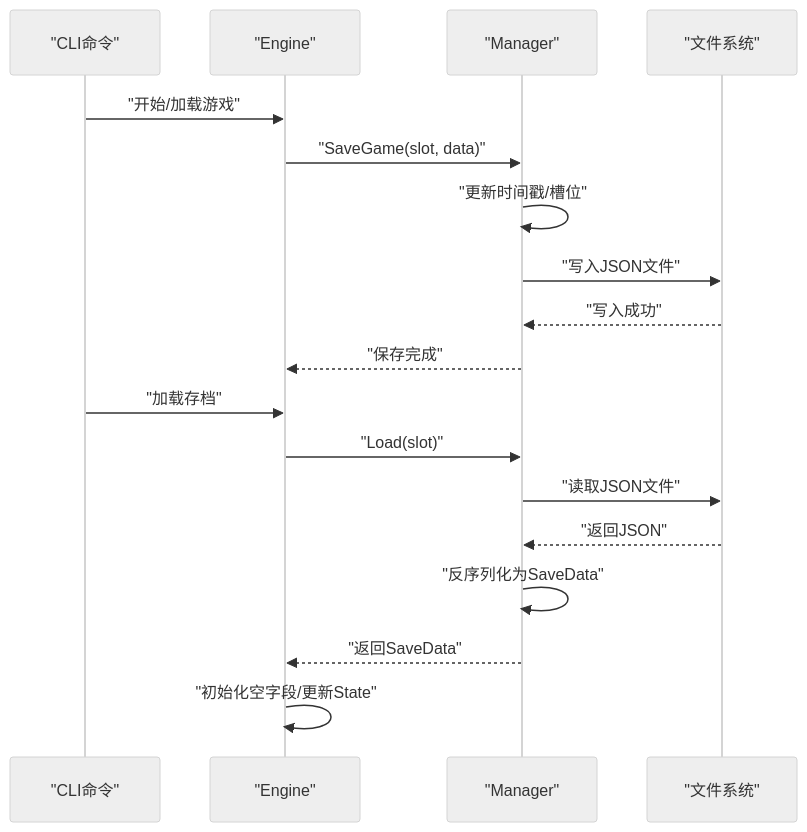
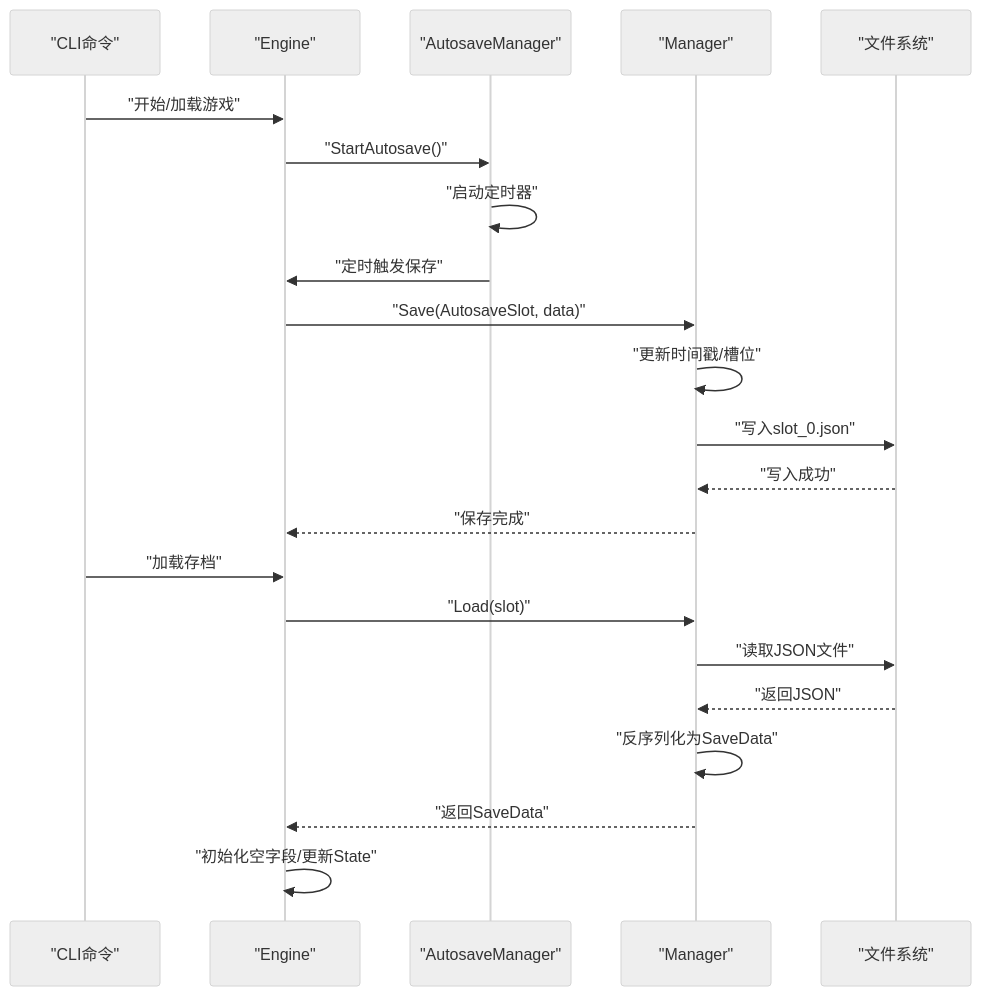
The second of 9 diagrams in .qoder/repowiki/zh/content/存档系统.md (zwh8800/cdnd), drawn with Mermaid (neutral theme) before and after one commit. The commit also changed other lines of this file and 23 other files, not shown here.

````diff
--- a/.qoder/repowiki/zh/content/存档系统.md
+++ b/.qoder/repowiki/zh/content/存档系统.md
@@ -121,20 +147,24 @@
 ```mermaid
 sequenceDiagram
 participant CLI as "CLI命令"
 participant ENG as "Engine"
+participant ASMgr as "AutosaveManager"
 participant SM as "Manager"
 participant FS as "文件系统"
 CLI->>ENG : "开始/加载游戏"
-ENG->>SM : "SaveGame(slot, data)"
+ENG->>ASMgr : "StartAutosave()"
+ASMgr->>ASMgr : "启动定时器"
+ASMgr->>ENG : "定时触发保存"
+ENG->>SM : "Save(AutosaveSlot, data)"
 SM->>SM : "更新时间戳/槽位"
-SM->>FS : "写入JSON文件"
+SM->>FS : "写入slot_0.json"
 FS-->>SM : "写入成功"
 SM-->>ENG : "保存完成"
 CLI->>ENG : "加载存档"
 ENG->>SM : "Load(slot)"
 SM->>FS : "读取JSON文件"
 FS-->>SM : "返回JSON"
 SM->>SM : "反序列化为SaveData"
 SM-->>ENG : "返回SaveData"
 ENG->>ENG : "初始化空字段/更新State"
 ```
````
